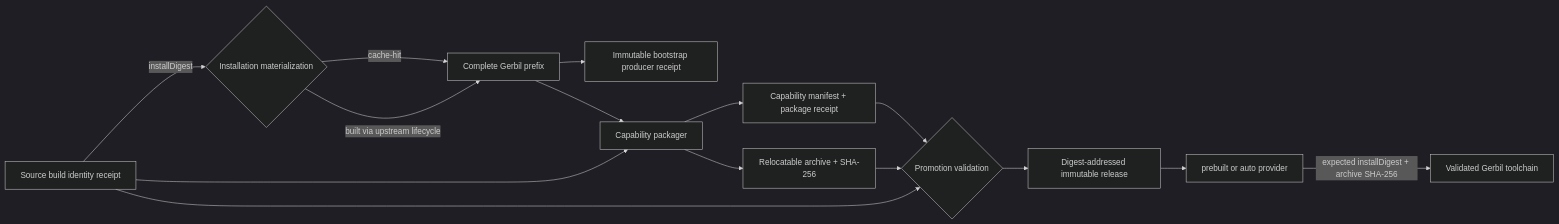
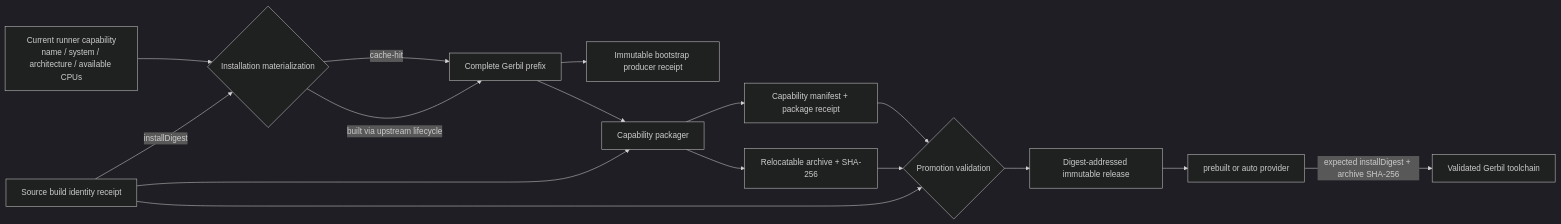
The third of 3 diagrams in docs/rfc/0007-source-build-identity-v1.org (tao3k/gerbil-bazel), drawn with Mermaid (dark theme) before and after one commit. The commit also changed other lines of this file and 7 other files, not shown here.

```diff
--- a/docs/rfc/0007-source-build-identity-v1.org
+++ b/docs/rfc/0007-source-build-identity-v1.org
@@ -124,17 +133,18 @@
 #+begin_src mermaid
 flowchart LR
+  E["Current runner capability<br/>name / system / architecture / available CPUs"] --> M
   I["Source build identity receipt"] -->|"installDigest"| M{"Installation materialization"}
   M -->|"cache-hit"| P["Complete Gerbil prefix"]
   M -->|"built via upstream lifecycle"| P
   P --> B["Immutable bootstrap producer receipt"]
   P --> K["Capability packager"]
   I --> K
   K --> C["Capability manifest + package receipt"]
   K --> A["Relocatable archive + SHA-256"]
   C --> V{"Promotion validation"}
   A --> V
   I --> V
   V --> R["Digest-addressed immutable release"]
   R --> D["prebuilt or auto provider"]
   D -->|"expected installDigest + archive SHA-256"| T["Validated Gerbil toolchain"]
 #+end_src
```
